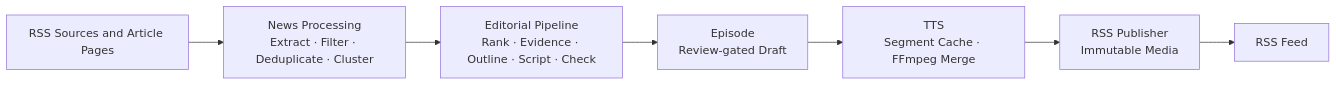
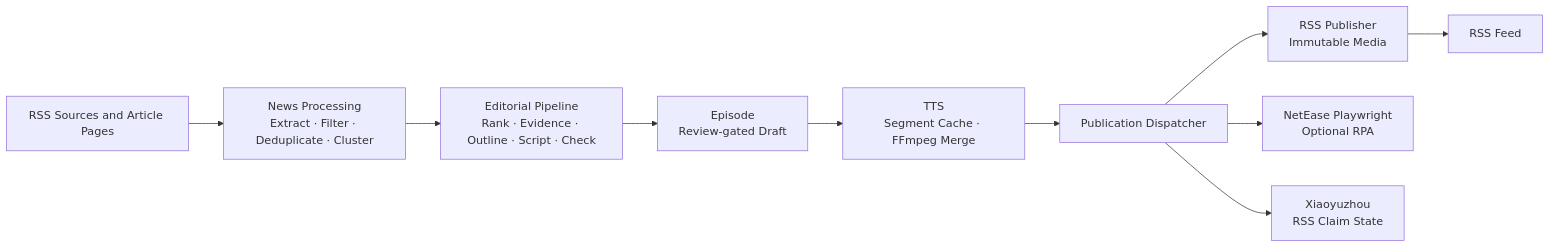
One commit to leisun123/daily_cast changed the diagram in README.md. Above: the diagram before and after it, drawn with Mermaid. The commit also changed other lines of this file and 9 other files, not shown here.

Commit message:
docs: document NetEase deployment and recovery

````diff
--- a/README.md
+++ b/README.md
@@ -21,9 +23,12 @@
 ```mermaid
 flowchart LR
     S["RSS Sources and Article Pages"] --> N["News Processing\nExtract · Filter · Deduplicate · Cluster"]
     N --> E["Editorial Pipeline\nRank · Evidence · Outline · Script · Check"]
     E --> EP["Episode\nReview-gated Draft"]
     EP --> T["TTS\nSegment Cache · FFmpeg Merge"]
-    T --> P["RSS Publisher\nImmutable Media"]
-    P --> F["RSS Feed"]
+    T --> P["Publication Dispatcher"]
+    P --> R["RSS Publisher\nImmutable Media"]
+    P --> W["NetEase Playwright\nOptional RPA"]
+    P --> X["Xiaoyuzhou\nRSS Claim State"]
+    R --> F["RSS Feed"]
 ```
````
